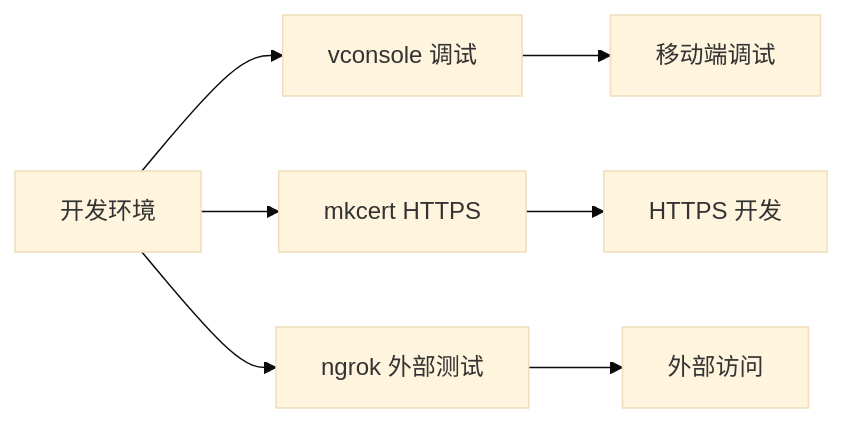
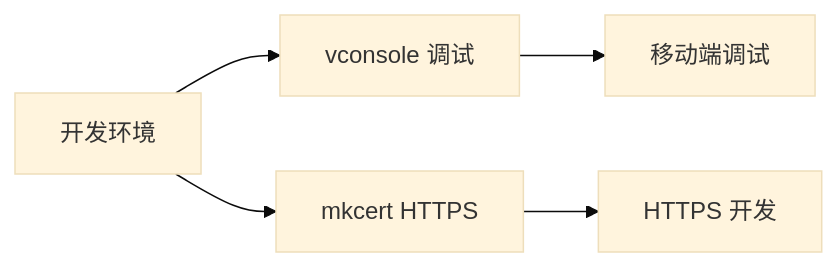
The sixth of 7 diagrams in .qoder/repowiki/zh/content/构建与部署.md (giserman001/vue3-vant4-mobile), drawn with Mermaid (base theme) before and after one commit. The commit also changed other lines of this file and 13 other files, not shown here.

````diff
--- a/.qoder/repowiki/zh/content/构建与部署.md
+++ b/.qoder/repowiki/zh/content/构建与部署.md
@@ -351,9 +343,7 @@
 ```mermaid
 flowchart LR
 DEV["开发环境"] --> VCONSOLE["vconsole 调试"]
 DEV --> MKCERT["mkcert HTTPS"]
-DEV --> NGROK["ngrok 外部测试"]
 VCONSOLE --> MOBILE["移动端调试"]
 MKCERT --> SECURE["HTTPS 开发"]
-NGROK --> EXTERNAL["外部访问"]
 ```
````
